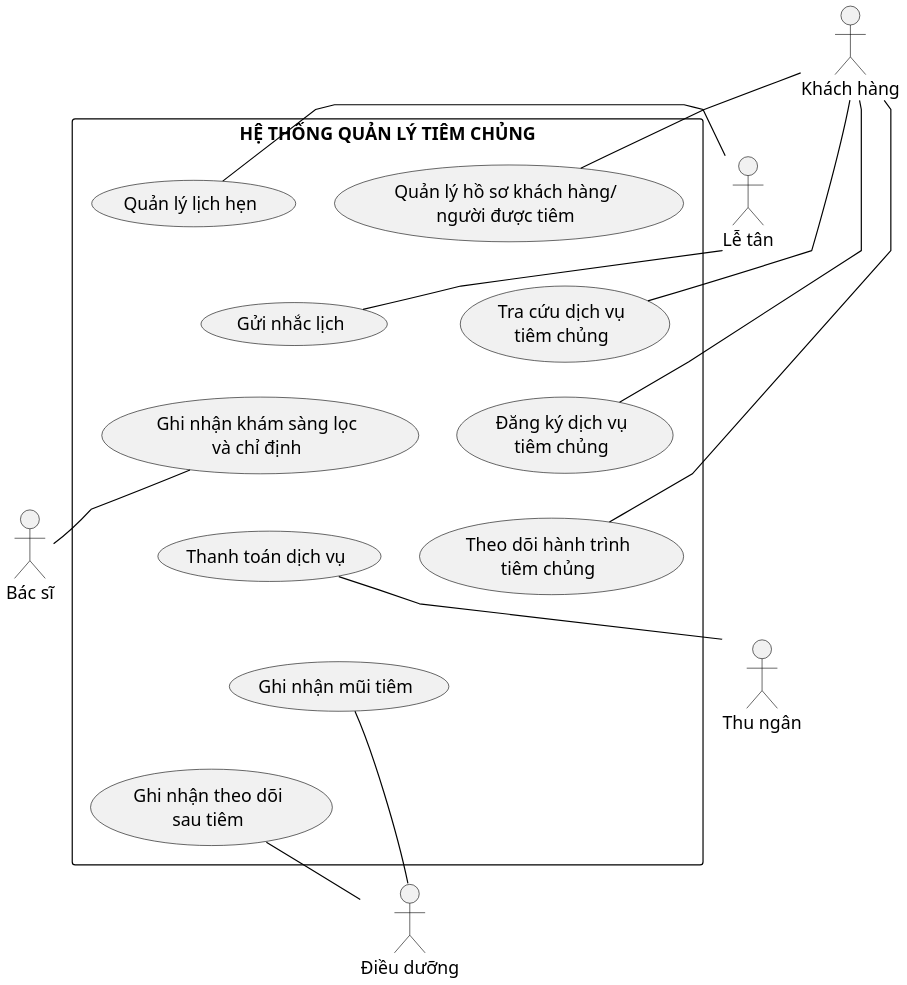
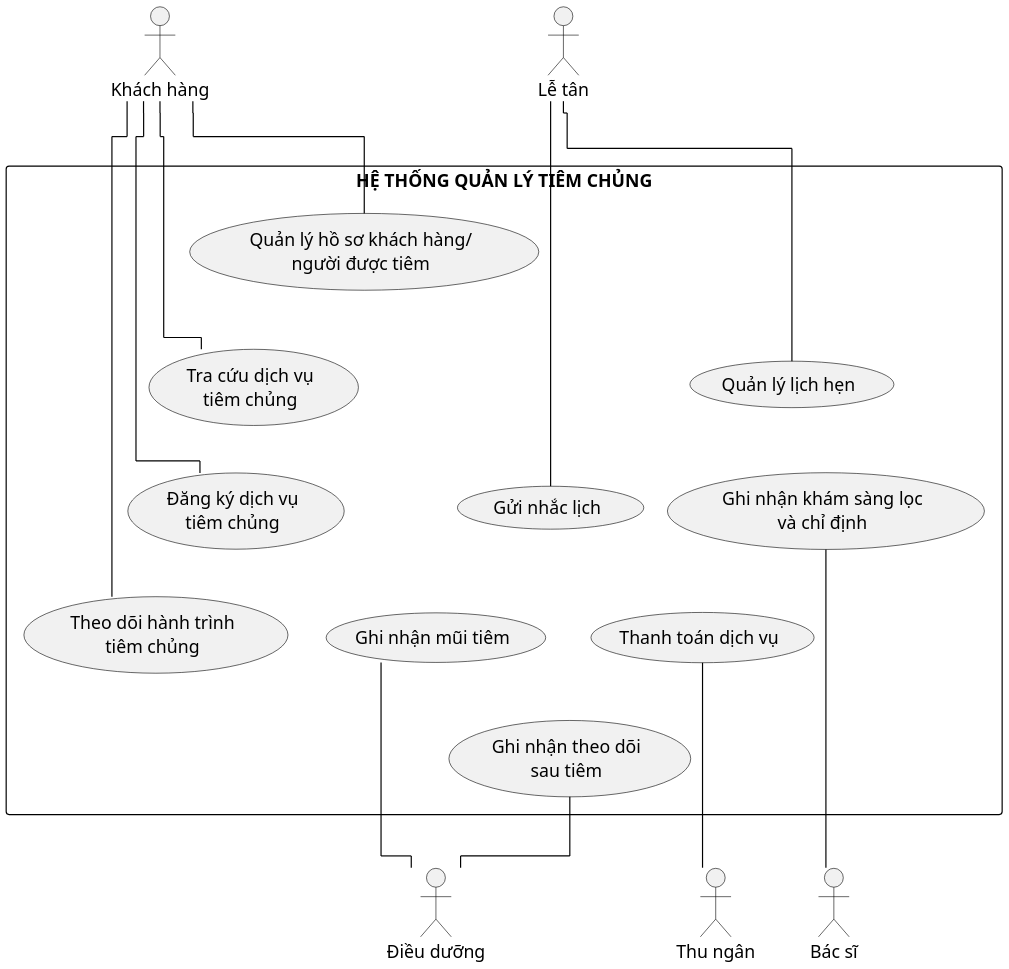
Before and after one commit to datngo1203/KLCN-QuanLyTiemChung: the diagram in docs/thesis/uml/Hinh_2_9_System_Use_Case_Tong_Quan.puml, drawn with PlantUML.

Commit message:
docs(thesis): use compact ELK grid for Hinh 2.9

```diff
--- a/docs/thesis/uml/Hinh_2_9_System_Use_Case_Tong_Quan.puml
+++ b/docs/thesis/uml/Hinh_2_9_System_Use_Case_Tong_Quan.puml
@@ -1,80 +1,84 @@
 @startuml
+!pragma layout elk
 ' THESIS-R1 — Hình 2.9 System Use Case summary
-' One visible symbol per actor. Actors are layout-anchored close to their UC cluster.
+' One visible symbol per actor. ELK orthogonal routing with compact grid layout.
 skinparam monochrome true
 skinparam shadowing false
 skinparam backgroundColor white
 skinparam defaultFontName "Times New Roman"
 skinparam defaultFontSize 15
 skinparam ArrowColor black
 skinparam ActorBorderColor black
 skinparam UsecaseBorderColor black
 skinparam RectangleBorderColor black
-skinparam linetype polyline
-skinparam nodesep 32
-skinparam ranksep 30
+skinparam linetype ortho
+skinparam nodesep 28
+skinparam ranksep 28
 skinparam dpi 180
 
 top to bottom direction
 
 actor "Khách hàng" as Customer
 
 rectangle "HỆ THỐNG QUẢN LÝ TIÊM CHỦNG" as SystemBoundary {
   usecase "Quản lý hồ sơ khách hàng/\nngười được tiêm" as UC09
   usecase "Quản lý lịch hẹn" as UC12
+  usecase "Ghi nhận khám sàng lọc\nvà chỉ định" as UC15
 
   usecase "Tra cứu dịch vụ\ntiêm chủng" as UC10
   usecase "Gửi nhắc lịch" as UC13
+  usecase "Thanh toán dịch vụ" as UC16
 
   usecase "Đăng ký dịch vụ\ntiêm chủng" as UC11
-  usecase "Ghi nhận khám sàng lọc\nvà chỉ định" as UC15
-
-  usecase "Theo dõi hành trình\ntiêm chủng" as UC19
-  usecase "Thanh toán dịch vụ" as UC16
-
   usecase "Ghi nhận mũi tiêm" as UC17
   usecase "Ghi nhận theo dõi\nsau tiêm" as UC18
 
-  ' Two-column layout.
+  usecase "Theo dõi hành trình\ntiêm chủng" as UC19
+
+  ' Grid constraints only — no semantic meaning.
+  UC09 -[hidden]right- UC12
+  UC12 -[hidden]right- UC15
+
+  UC10 -[hidden]right- UC13
+  UC13 -[hidden]right- UC16
+
+  UC11 -[hidden]right- UC17
+  UC17 -[hidden]right- UC18
+
   UC09 -[hidden]down- UC10
   UC10 -[hidden]down- UC11
   UC11 -[hidden]down- UC19
 
   UC12 -[hidden]down- UC13
-  UC13 -[hidden]down- UC15
+  UC13 -[hidden]down- UC17
+
   UC15 -[hidden]down- UC16
-  UC16 -[hidden]down- UC17
-  UC17 -[hidden]down- UC18
-
-  UC09 -[hidden]right- UC12
-  UC10 -[hidden]right- UC13
-  UC11 -[hidden]right- UC15
-  UC19 -[hidden]right- UC16
+  UC16 -[hidden]down- UC18
 }
 
 actor "Lễ tân" as Reception
 actor "Bác sĩ" as Doctor
 actor "Thu ngân" as Cashier
 actor "Điều dưỡng" as Nurse
 
-' Layout anchors only: keep each actor close to its cluster.
+' Layout anchors only.
 Customer -[hidden]right- UC10
-UC13 -[hidden]right- Reception
+Reception -[hidden]down- UC12
 UC15 -[hidden]right- Doctor
 UC16 -[hidden]right- Cashier
 UC17 -[hidden]right- Nurse
 
 ' Primary/representative actor associations only.
 Customer -- UC09
 Customer -- UC10
 Customer -- UC11
 Customer -- UC19
 
 Reception -- UC12
 Reception -- UC13
 UC15 -- Doctor
 UC16 -- Cashier
 UC17 -- Nurse
 UC18 -- Nurse
 
 @enduml
```
